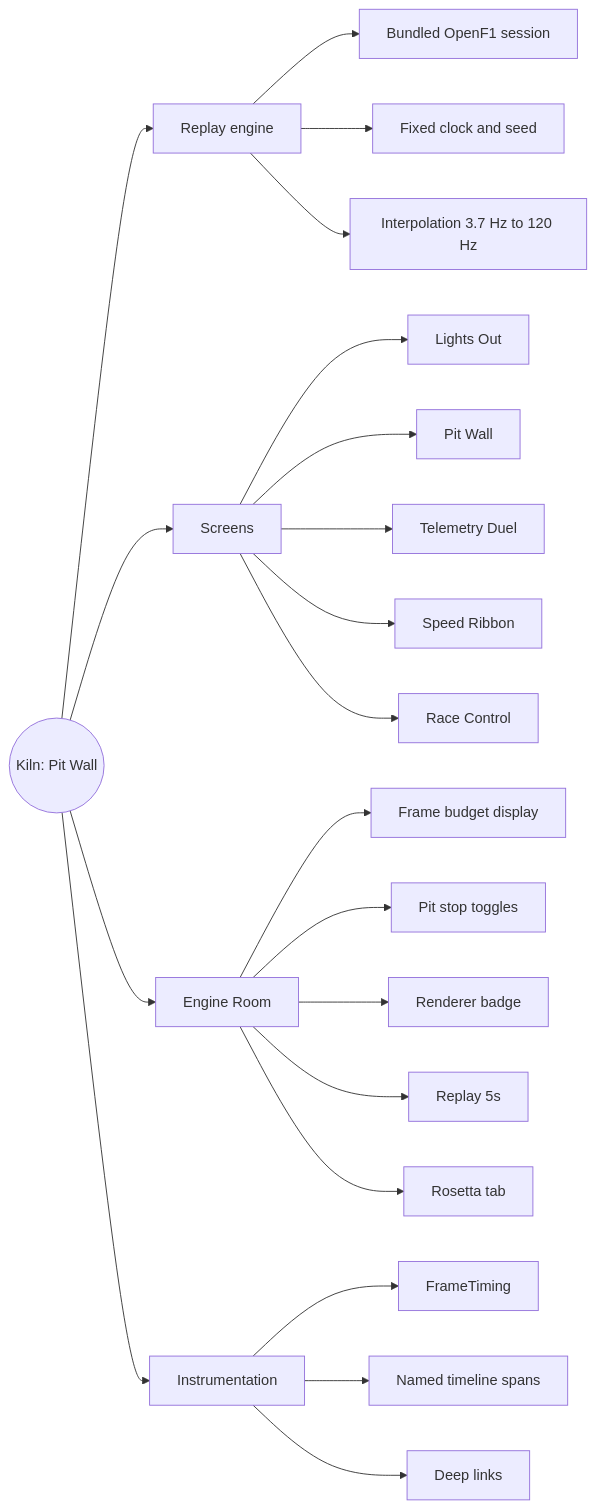
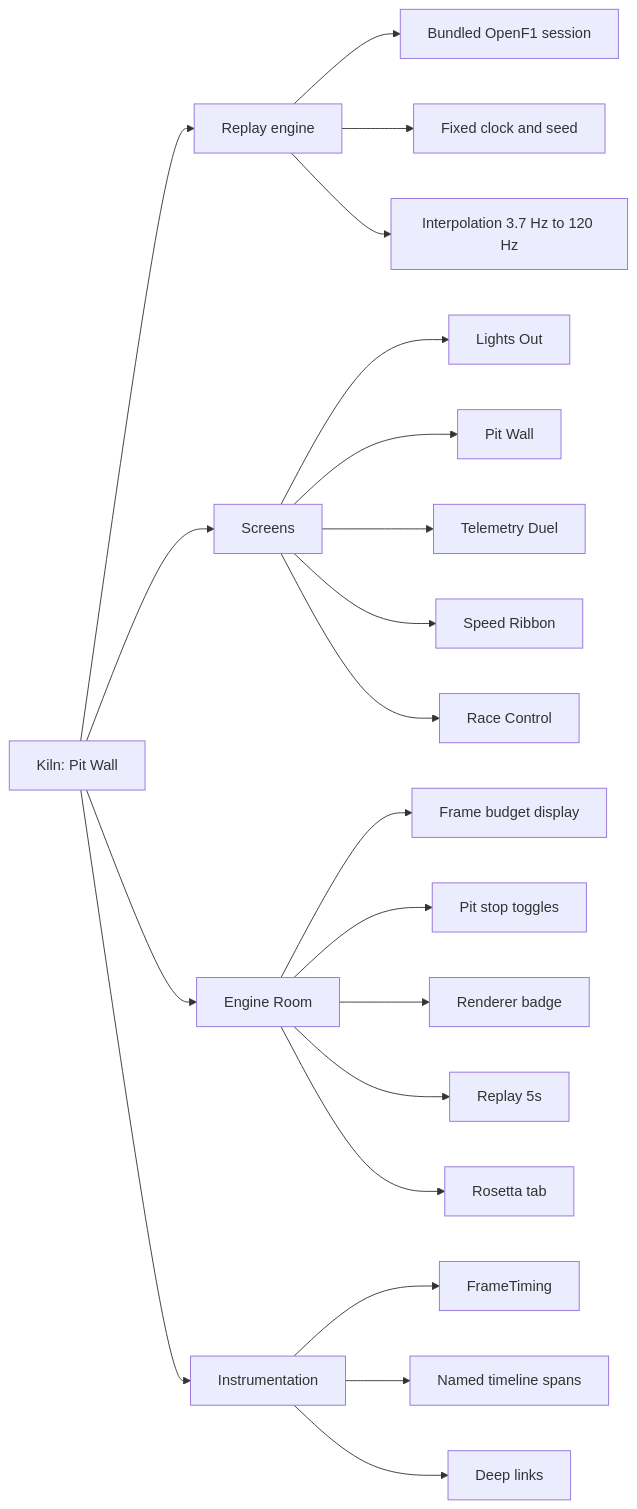
The first of 2 diagrams in docs/product/PRD.md (cm-collins/fluttercon-demo-app), drawn with Mermaid before and after one commit. The commit also changed other lines of this file, not shown here.

First line of the commit message:
📝 docs(prd): fix Mermaid diagrams so they render in preview

````diff
--- a/docs/product/PRD.md
+++ b/docs/product/PRD.md
@@ -65,28 +65,28 @@
 ```mermaid
 flowchart LR
-    root(("Kiln: Pit Wall"))
+    kiln["Kiln: Pit Wall"]
 
-    root --> replay["Replay engine"]
+    kiln --> replay["Replay engine"]
     replay --> r1["Bundled OpenF1 session"]
     replay --> r2["Fixed clock and seed"]
     replay --> r3["Interpolation 3.7 Hz to 120 Hz"]
 
-    root --> screens["Screens"]
+    kiln --> screens["Screens"]
     screens --> s1["Lights Out"]
     screens --> s2["Pit Wall"]
     screens --> s3["Telemetry Duel"]
     screens --> s4["Speed Ribbon"]
     screens --> s5["Race Control"]
 
-    root --> engine["Engine Room"]
+    kiln --> engine["Engine Room"]
     engine --> e1["Frame budget display"]
     engine --> e2["Pit stop toggles"]
     engine --> e3["Renderer badge"]
     engine --> e4["Replay 5s"]
     engine --> e5["Rosetta tab"]
 
-    root --> instr["Instrumentation"]
+    kiln --> instr["Instrumentation"]
     instr --> i1["FrameTiming"]
     instr --> i2["Named timeline spans"]
     instr --> i3["Deep links"]
 ```
````
